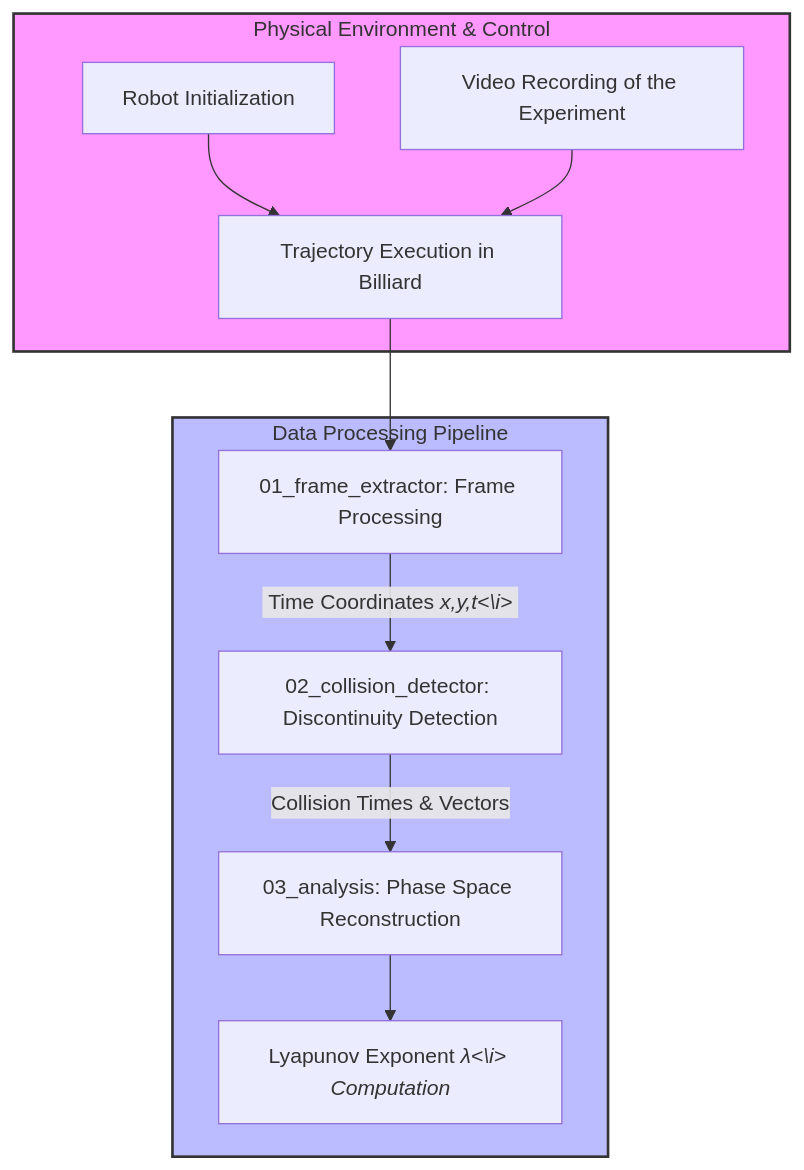
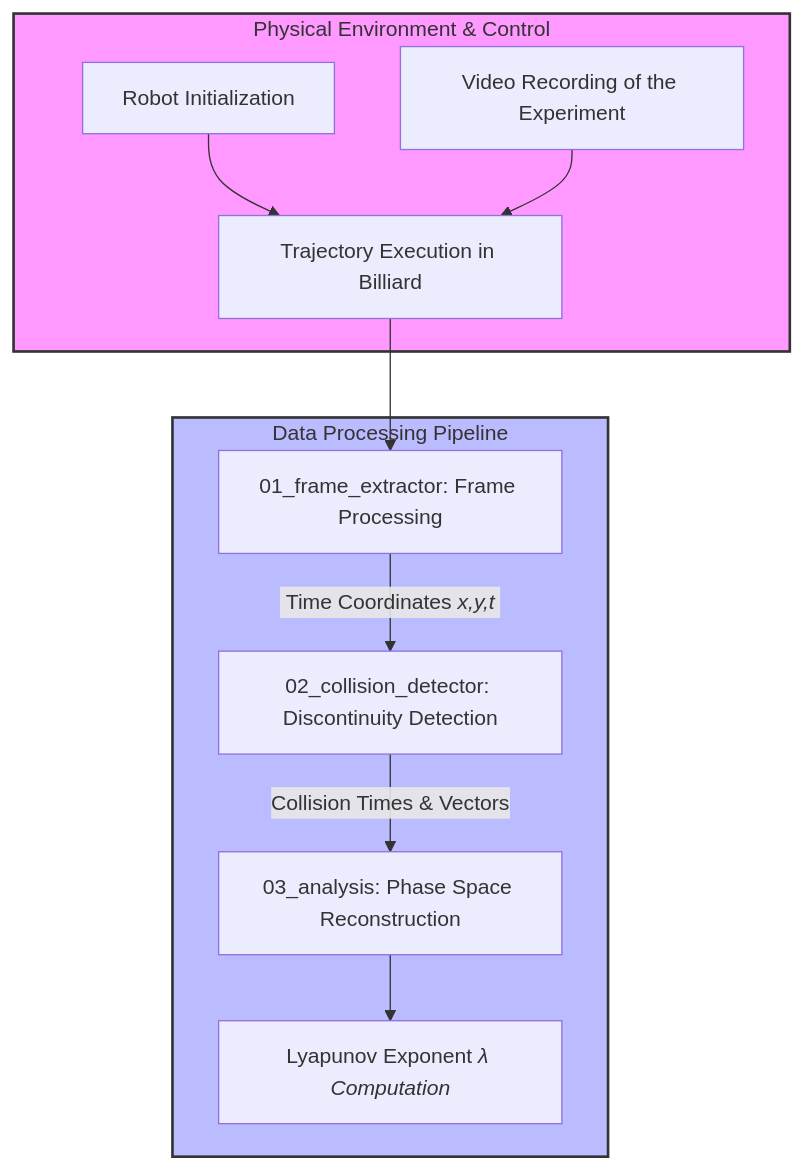
One commit to Kyrnthplus/Classical_Billiards_Dynamics_Using_an_Autonomous_Robot_and_Image_Analysis changed the diagram in README.md. Above: the diagram before and after it, drawn with Mermaid.

````diff
--- a/README.md
+++ b/README.md
@@ -30,17 +30,17 @@
 ```mermaid
 flowchart TD
     subgraph PhysicalExperiment [Physical Environment & Control]
         A[Robot Initialization] --> B[Trajectory Execution in Billiard]
         C[Video Recording of the Experiment] --> B
     end
 
     subgraph SoftwarePipeline [Data Processing Pipeline]
         B --> D[01_frame_extractor: Frame Processing]
-        D -->|&nbsp;Time Coordinates <i>x,y,t<\i>&nbsp;| E[02_collision_detector: Discontinuity Detection]
+        D -->|&nbsp;Time Coordinates <i>x,y,t<i>&nbsp;| E[02_collision_detector: Discontinuity Detection]
         E -->|Collision Times & Vectors| F[03_analysis: Phase Space Reconstruction]
-        F --> G[Lyapunov Exponent <i>&lambda;<\i> Computation]
+        F --> G[Lyapunov Exponent <i>&lambda;<i> Computation]
     end
 
     style PhysicalExperiment fill:#f9f,stroke:#333,stroke-width:2px
     style SoftwarePipeline fill:#bbf,stroke:#333,stroke-width:2px
 ```
````
